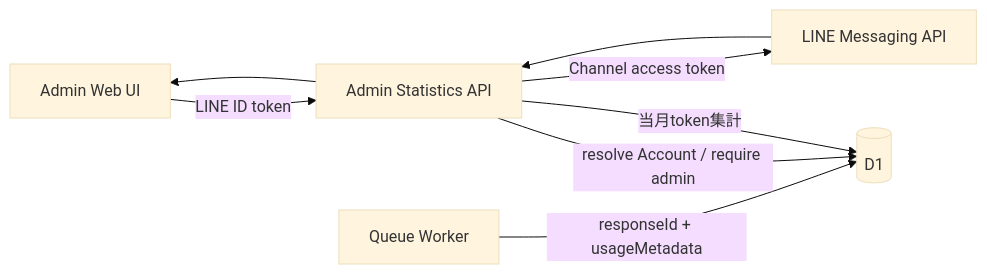
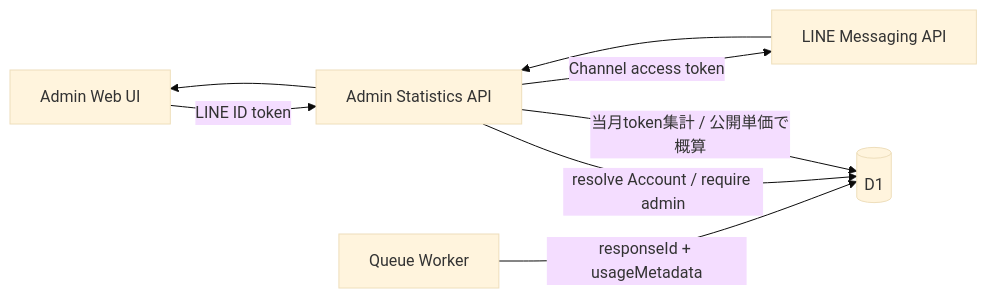
The diagram in docs/architecture/admin-statistics-dashboard.md (kkyosuke/me-builder), drawn with Mermaid (base theme) before and after one commit. The commit also changed other lines of this file and 21 other files, not shown here.

````diff
--- a/docs/architecture/admin-statistics-dashboard.md
+++ b/docs/architecture/admin-statistics-dashboard.md
@@ -46,10 +61,10 @@
 ```mermaid
 flowchart LR
     A[Admin Web UI] -->|LINE ID token| API[Admin Statistics API]
     API -->|resolve Account / require admin| D1[(D1)]
     W[Queue Worker] -->|responseId + usageMetadata| D1
-    API -->|当月token集計| D1
+    API -->|当月token集計 / 公開単価で概算| D1
     API -->|Channel access token| LINE[LINE Messaging API]
     LINE --> API
     API --> A
 ```
````
